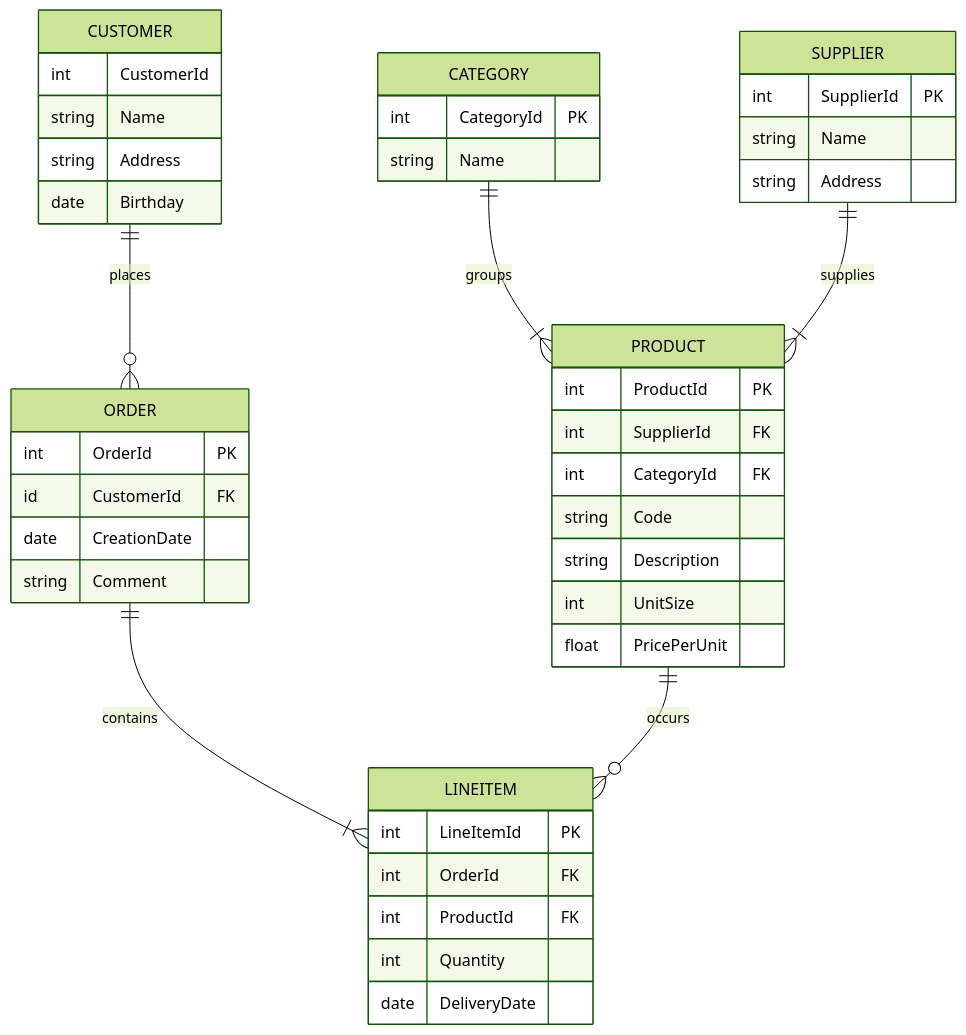
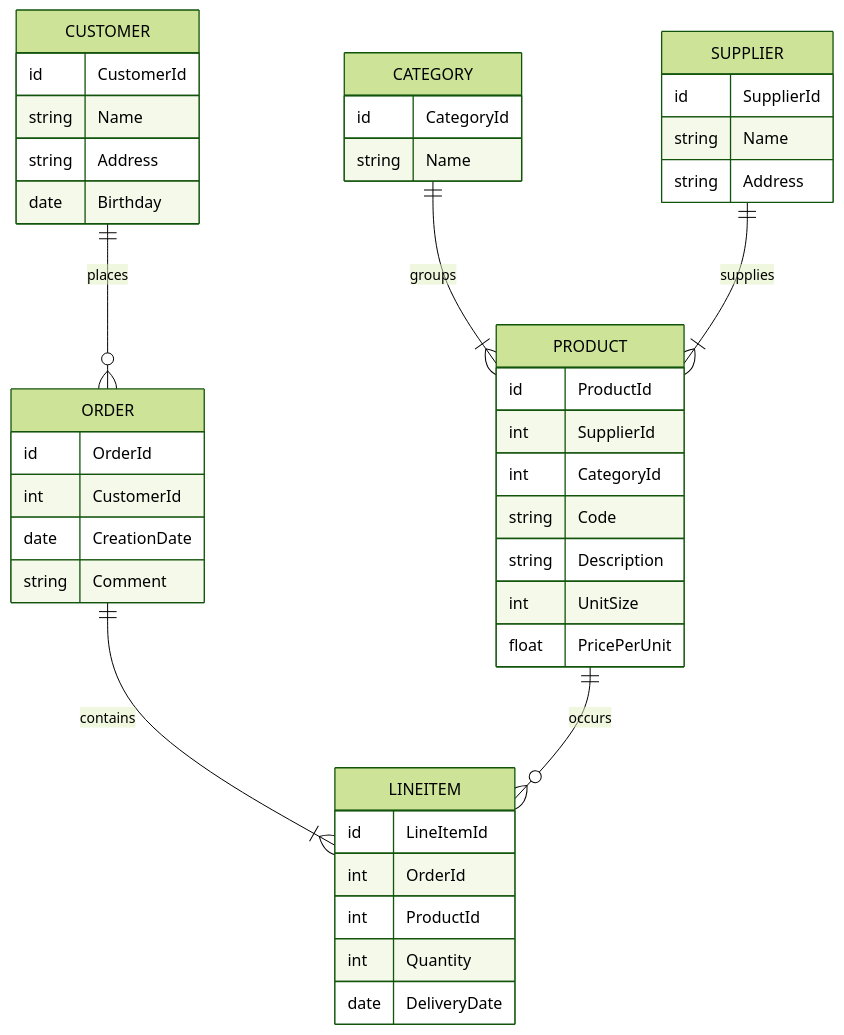
Before and after one commit to RomanBoegli/godbbench: the first of 2 diagrams in README.md, drawn with Mermaid (forest theme). The commit also changed other lines of this file, not shown here.

````diff
--- a/README.md
+++ b/README.md
@@ -18,45 +17,45 @@
 ```mermaid
 erDiagram
     CUSTOMER ||--o{ ORDER : places
     ORDER ||--|{ LINEITEM : contains
     PRODUCT ||--o{ LINEITEM : occurs
     CATEGORY ||--|{ PRODUCT : groups
     SUPPLIER ||--|{ PRODUCT : supplies
     CUSTOMER {
-        int CustomerId
+        id CustomerId
         string Name
         string Address
         date Birthday
     }
     CATEGORY {
-        int CategoryId PK
+        id CategoryId
         string Name
     }
     ORDER {
-        int OrderId PK
-        id CustomerId FK
+        id OrderId
+        int CustomerId
         date CreationDate
         string Comment
     }
     LINEITEM {
-        int LineItemId PK
-        int OrderId FK
-        int ProductId FK
+        id LineItemId
+        int OrderId
+        int ProductId
         int Quantity
         date DeliveryDate
     }
     PRODUCT {
-        int ProductId PK
-        int SupplierId FK
-        int CategoryId FK
+        id ProductId
+        int SupplierId
+        int CategoryId
         string Code
         string Description
         int UnitSize
         float PricePerUnit
     }
     SUPPLIER {
-        int SupplierId PK
+        id SupplierId
         string Name
         string Address
     }
 ```
````
